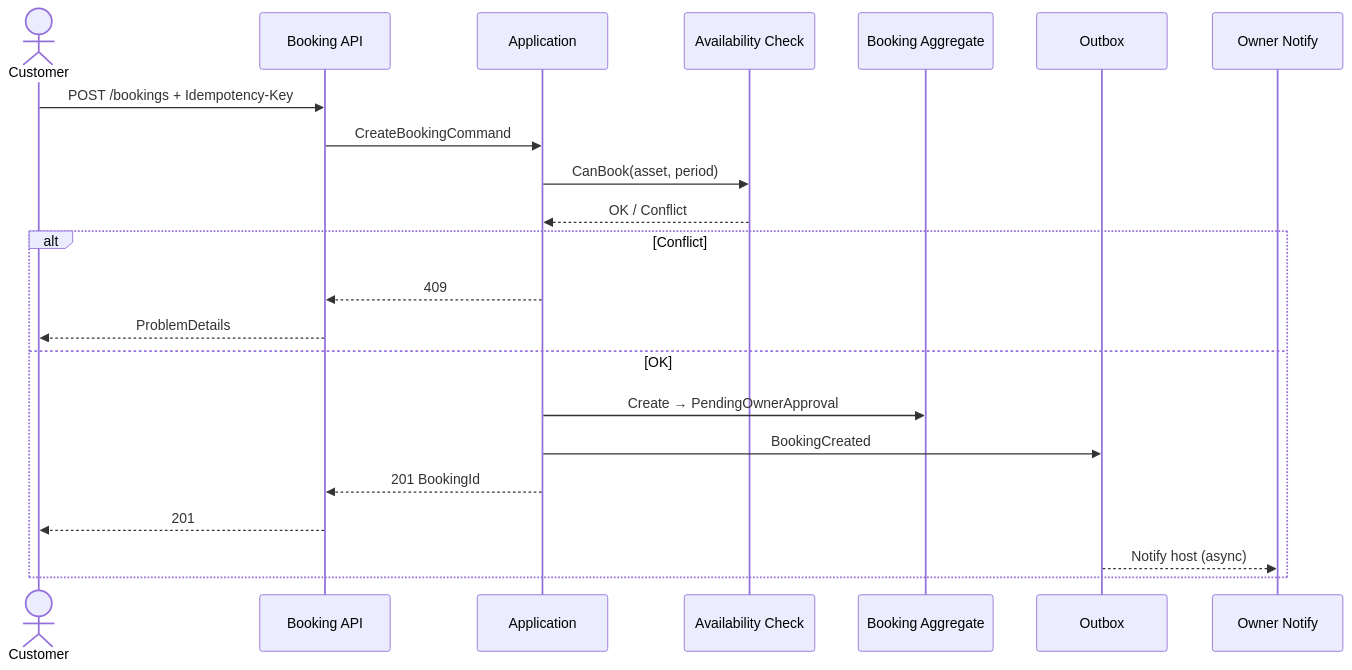
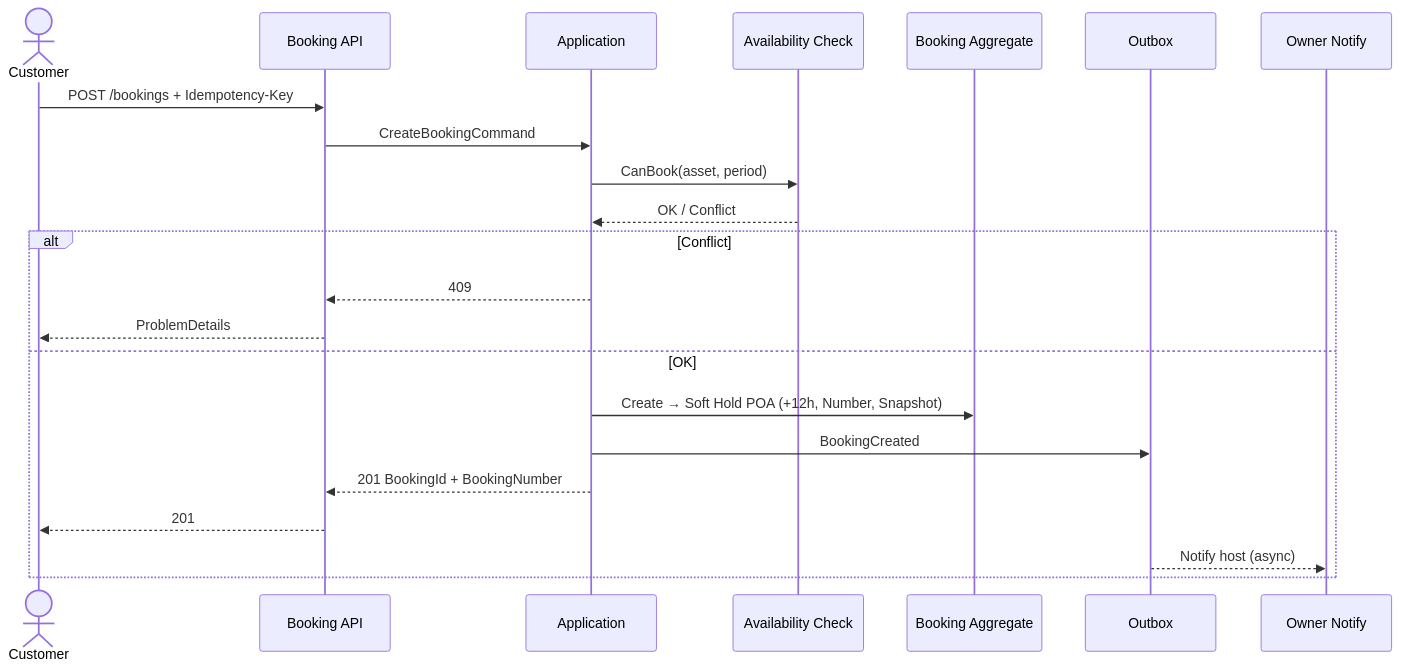
The first of 3 diagrams in docs/booking/07-sequence-diagrams.md (mrad-ibra/eHub-platform), drawn with Mermaid before and after one commit. The commit also changed other lines of this file and 16 other files, not shown here.

````diff
--- a/docs/booking/07-sequence-diagrams.md
+++ b/docs/booking/07-sequence-diagrams.md
@@ -7,25 +7,25 @@
 ```mermaid
 sequenceDiagram
   actor Customer
   participant API as Booking API
   participant App as Application
   participant Avail as Availability Check
   participant Booking as Booking Aggregate
   participant Outbox
   participant Host as Owner Notify
 
   Customer->>API: POST /bookings + Idempotency-Key
   API->>App: CreateBookingCommand
   App->>Avail: CanBook(asset, period)
   Avail-->>App: OK / Conflict
   alt Conflict
     App-->>API: 409
     API-->>Customer: ProblemDetails
   else OK
-    App->>Booking: Create → PendingOwnerApproval
+    App->>Booking: Create → Soft Hold POA (+12h, Number, Snapshot)
     App->>Outbox: BookingCreated
-    App-->>API: 201 BookingId
+    App-->>API: 201 BookingId + BookingNumber
     API-->>Customer: 201
     Outbox-->>Host: Notify host (async)
   end
 ```
````
